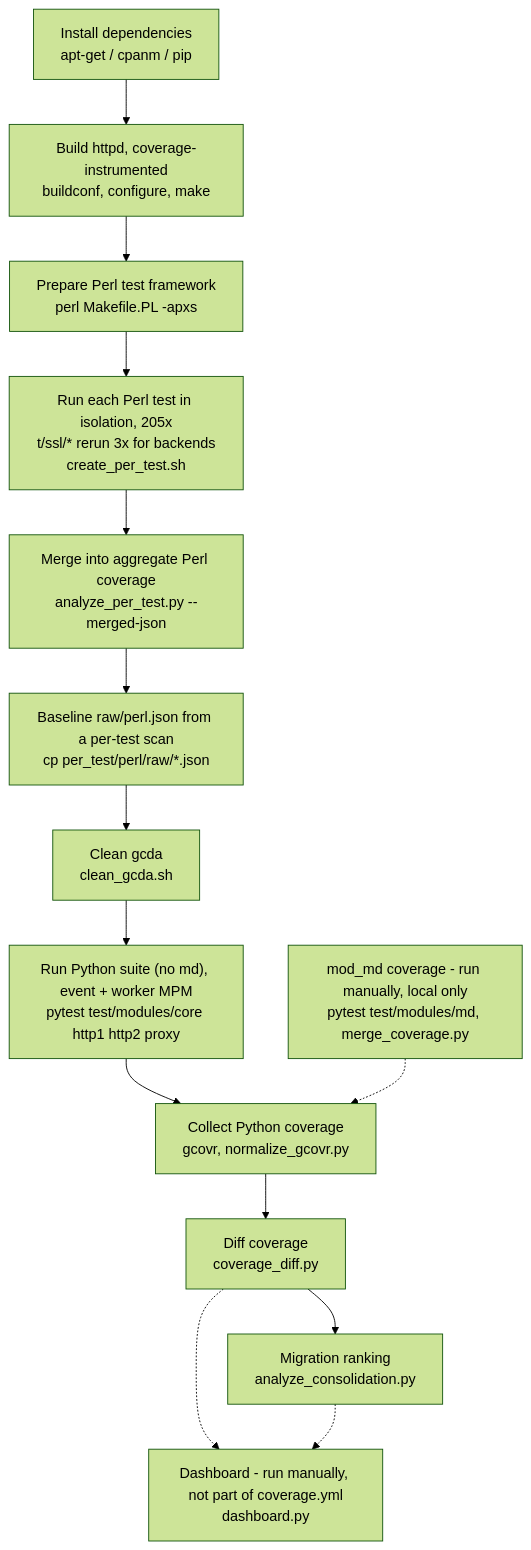
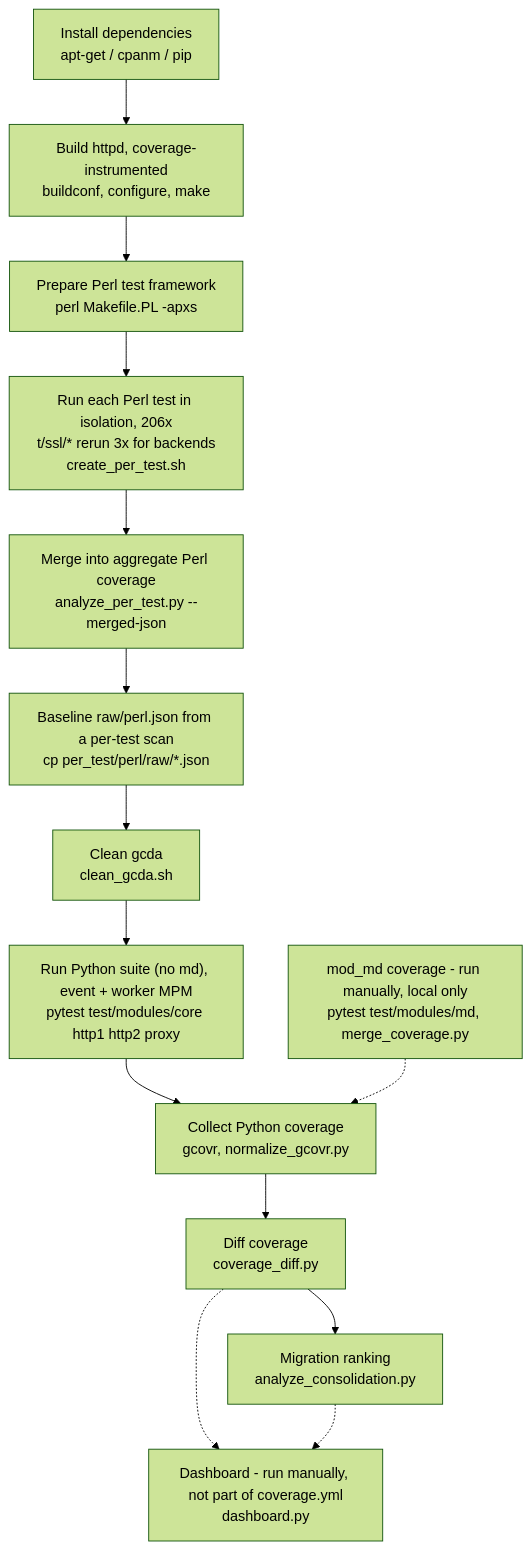
One commit to ichristod/httpd-testsuites-analysis changed the diagram in README.md. Above: the diagram before and after it, drawn with Mermaid (forest theme). The commit also changed other lines of this file and 4 other files, not shown here.

````diff
--- a/README.md
+++ b/README.md
@@ -346,21 +330,21 @@
 ```mermaid
 flowchart TD
     A["Install dependencies<br/>apt-get / cpanm / pip"]
     B["Build httpd, coverage-instrumented<br/>buildconf, configure, make"]
     C["Prepare Perl test framework<br/>perl Makefile.PL -apxs"]
-    D["Run each Perl test in isolation, 205x<br/>t/ssl/* rerun 3x for backends<br/>create_per_test.sh"]
+    D["Run each Perl test in isolation, 206x<br/>t/ssl/* rerun 3x for backends<br/>create_per_test.sh"]
     E["Merge into aggregate Perl coverage<br/>analyze_per_test.py --merged-json"]
     F["Baseline raw/perl.json from a per-test scan<br/>cp per_test/perl/raw/*.json"]
     G["Clean gcda<br/>clean_gcda.sh"]
     H["Run Python suite (no md), event + worker MPM<br/>pytest test/modules/core http1 http2 proxy"]
     I["Collect Python coverage<br/>gcovr, normalize_gcovr.py"]
     J["Diff coverage<br/>coverage_diff.py"]
     K["Migration ranking<br/>analyze_consolidation.py"]
     L["Dashboard - run manually, not part of coverage.yml<br/>dashboard.py"]
     M["mod_md coverage - run manually, local only<br/>pytest test/modules/md, merge_coverage.py"]
 
     A --> B --> C --> D --> E --> F --> G --> H --> I --> J --> K
     J -.-> L
     K -.-> L
     M -.-> I
 ```
````
